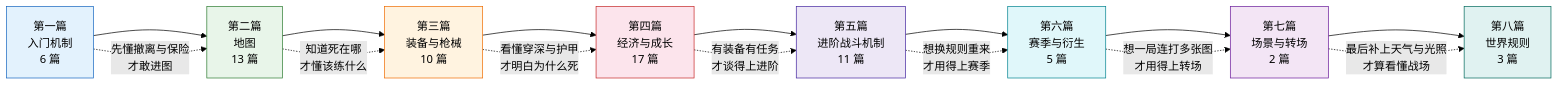
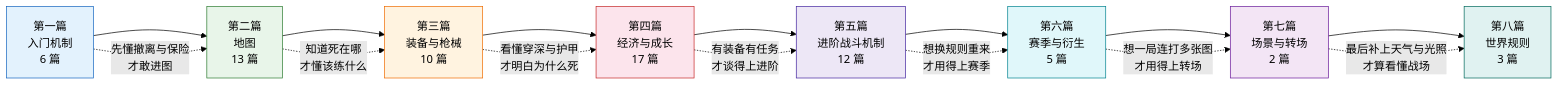
The diagram in content/README.md (GTX950L/tarkov-encyclopedia), drawn with Mermaid (forest theme) before and after one commit. The commit also changed other lines of this file and 79 other files, not shown here.

````diff
--- a/content/README.md
+++ b/content/README.md
@@ -16,27 +16,27 @@
 ```mermaid
 flowchart LR
     A[第一篇<br/>入门机制<br/>6 篇] --> B[第二篇<br/>地图<br/>13 篇]
     B --> C[第三篇<br/>装备与枪械<br/>10 篇]
     C --> D[第四篇<br/>经济与成长<br/>17 篇]
-    D --> E[第五篇<br/>进阶战斗机制<br/>11 篇]
+    D --> E[第五篇<br/>进阶战斗机制<br/>12 篇]
     E --> F[第六篇<br/>赛季与衍生<br/>5 篇]
     F --> G[第七篇<br/>场景与转场<br/>2 篇]
     G --> H[第八篇<br/>世界规则<br/>3 篇]
 
     A -. 先懂撤离与保险<br/>才敢进图 .-> B
     B -. 知道死在哪<br/>才懂该练什么 .-> C
     C -. 看懂穿深与护甲<br/>才明白为什么死 .-> D
     D -. 有装备有任务<br/>才谈得上进阶 .-> E
     E -. 想换规则重来<br/>才用得上赛季 .-> F
     F -. 想一局连打多张图<br/>才用得上转场 .-> G
     G -. 最后补上天气与光照<br/>才算看懂战场 .-> H
 
     style A fill:#e3f2fd,stroke:#1565c0
     style B fill:#e8f5e9,stroke:#2e7d32
     style C fill:#fff3e0,stroke:#ef6c00
     style D fill:#fce4ec,stroke:#c62828
     style E fill:#ede7f6,stroke:#4527a0
     style F fill:#e0f7fa,stroke:#00838f
     style G fill:#f3e5f5,stroke:#6a1b9a
     style H fill:#e0f2f1,stroke:#00695c
 ```
````
